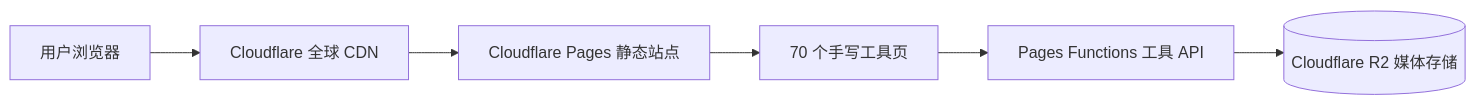
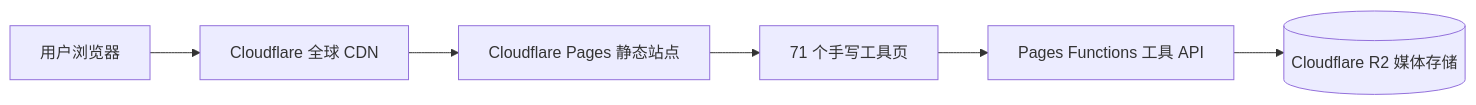
Before and after one commit to YupenBob/clover-tools: the diagram in README.md, drawn with Mermaid. The commit also changed other lines of this file and 36 other files, not shown here.

````diff
--- a/README.md
+++ b/README.md
@@ -51,8 +53,8 @@
 ```mermaid
 flowchart LR
   U[用户浏览器] --> CF[Cloudflare 全球 CDN]
   CF --> P[Cloudflare Pages 静态站点]
-  P --> T[70 个手写工具页]
+  P --> T[71 个手写工具页]
   T --> F[Pages Functions 工具 API]
   F --> R2[(Cloudflare R2 媒体存储)]
 ```
````
